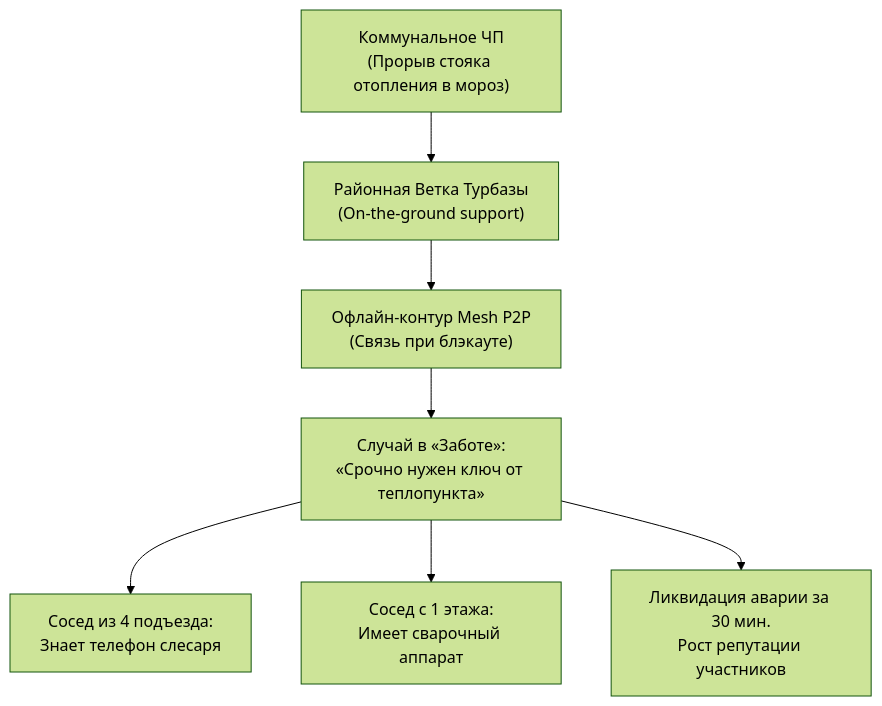
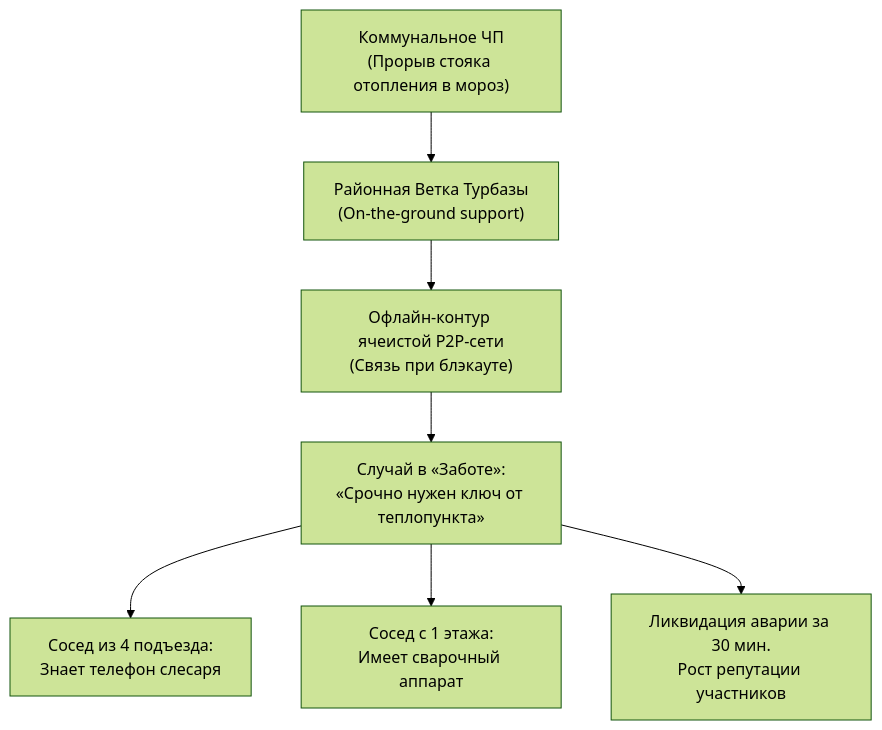
The fourth of 4 diagrams in shared_docs/whitepapers/applications/sapoto/Sapoto_Ecosystem_Impact_Guide.md (Data-Independence-Network/presentations), drawn with Mermaid (forest theme) before and after one commit. The commit also changed other lines of this file and 10 other files, not shown here.

````diff
--- a/shared_docs/whitepapers/applications/sapoto/Sapoto_Ecosystem_Impact_Guide.md
+++ b/shared_docs/whitepapers/applications/sapoto/Sapoto_Ecosystem_Impact_Guide.md
@@ -199,9 +203,9 @@
 ```mermaid
 graph TD
     Incident["Коммунальное ЧП<br/>(Прорыв стояка отопления в мороз)"] --> LocalBranch["Районная Ветка Турбазы<br/>(On-the-ground support)"]
-    LocalBranch --> MeshNet["Офлайн-контур Mesh P2P<br/>(Связь при блэкауте)"]
+    LocalBranch --> MeshNet["Офлайн-контур ячеистой P2P-сети<br/>(Связь при блэкауте)"]
     MeshNet --> CaseHelp["Случай в «Заботе»:<br/>«Срочно нужен ключ от теплопункта»"]
     CaseHelp --> Neighbor1["Сосед из 4 подъезда:<br/>Знает телефон слесаря"]
     CaseHelp --> Neighbor2["Сосед с 1 этажа:<br/>Имеет сварочный аппарат"]
     CaseHelp --> ExpDone["Ликвидация аварии за 30 мин.<br/>Рост репутации участников"]
 ```
````
